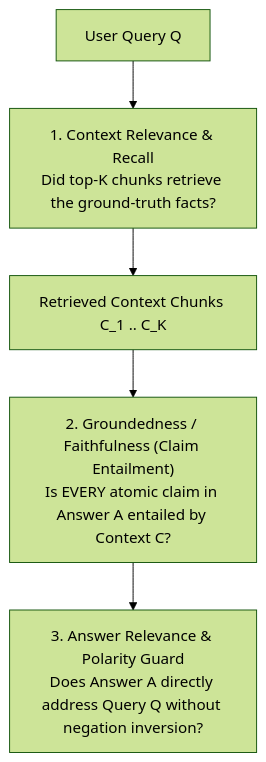
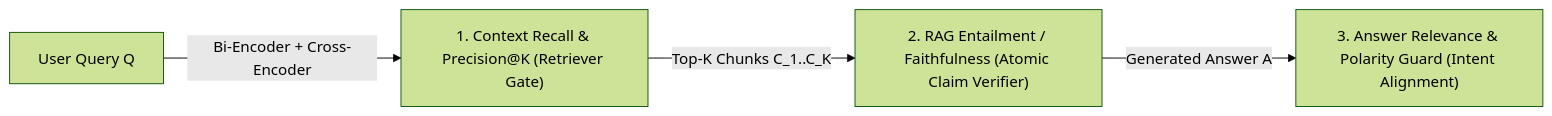
The diagram in knowledgebase/ai-engineering/01-rag-triad-and-claim-verification.md (manjunathk833/codingforinterviews), drawn with Mermaid (forest theme) before and after one commit. The commit also changed other lines of this file and 101 other files, not shown here.

````diff
--- a/knowledgebase/ai-engineering/01-rag-triad-and-claim-verification.md
+++ b/knowledgebase/ai-engineering/01-rag-triad-and-claim-verification.md
@@ -28,7 +71,6 @@
 ```mermaid
-flowchart TB
-  Query["User Query Q"] --> Retriever["1. Context Relevance & Recall\nDid top-K chunks retrieve the ground-truth facts?"]
-  Retriever --> Context["Retrieved Context Chunks C_1 .. C_K"]
-  Context --> Generator["2. Groundedness / Faithfulness (Claim Entailment)\nIs EVERY atomic claim in Answer A entailed by Context C?"]
-  Generator --> Answer["3. Answer Relevance & Polarity Guard\nDoes Answer A directly address Query Q without negation inversion?"]
+flowchart LR
+  Query["User Query Q"] -->|Bi-Encoder + Cross-Encoder| Ret["1. Context Recall & Precision@K (Retriever Gate)"]
+  Ret -->|Top-K Chunks C_1..C_K| Gen["2. RAG Entailment / Faithfulness (Atomic Claim Verifier)"]
+  Gen -->|Generated Answer A| Rel["3. Answer Relevance & Polarity Guard (Intent Alignment)"]
 ```
````
